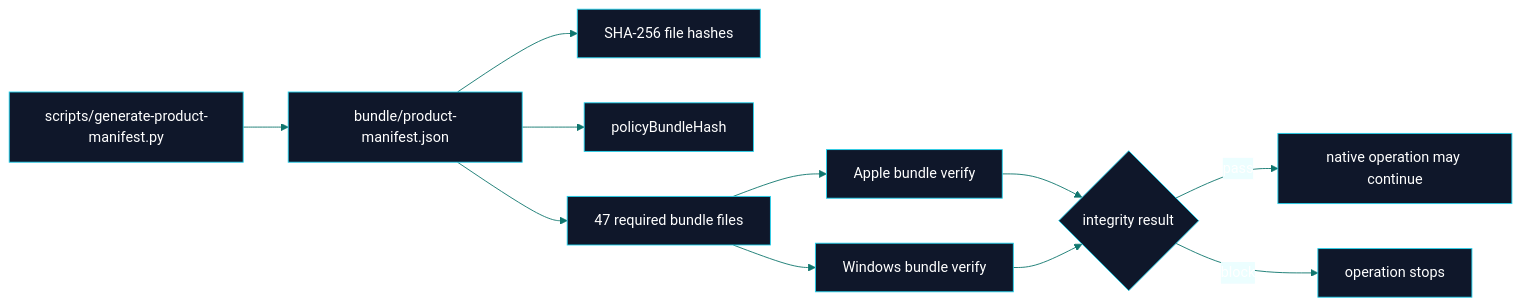
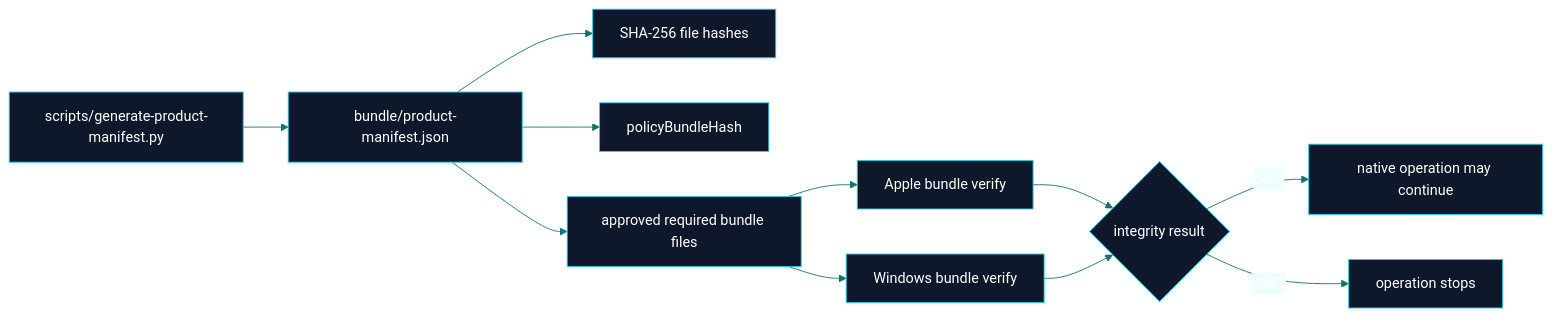
Before and after one commit to flynn33/forsetti-agentic-edition: the second of 2 diagrams in wiki/Overview.md, drawn with Mermaid. The commit also changed other lines of this file and 32 other files, not shown here.

````diff
--- a/wiki/Overview.md
+++ b/wiki/Overview.md
@@ -100,14 +103,14 @@
 ```mermaid
 %%{init: {"theme":"base","themeVariables":{"primaryColor":"#0f172a","primaryTextColor":"#ffffff","primaryBorderColor":"#22d3ee","lineColor":"#0f766e","secondaryColor":"#ecfeff","tertiaryColor":"#f8fafc"}}}%%
 flowchart LR
     Generator["scripts/generate-product-manifest.py"] --> Manifest["bundle/product-manifest.json"]
     Manifest --> Hashes["SHA-256 file hashes"]
     Manifest --> PolicyHash["policyBundleHash"]
-    Manifest --> BundleFiles["47 required bundle files"]
+    Manifest --> BundleFiles["approved required bundle files"]
     BundleFiles --> AppleVerify["Apple bundle verify"]
     BundleFiles --> WindowsVerify["Windows bundle verify"]
     AppleVerify --> Decision{"integrity result"}
     WindowsVerify --> Decision
     Decision -->|pass| Continue["native operation may continue"]
     Decision -->|block| Stop["operation stops"]
 ```
````
